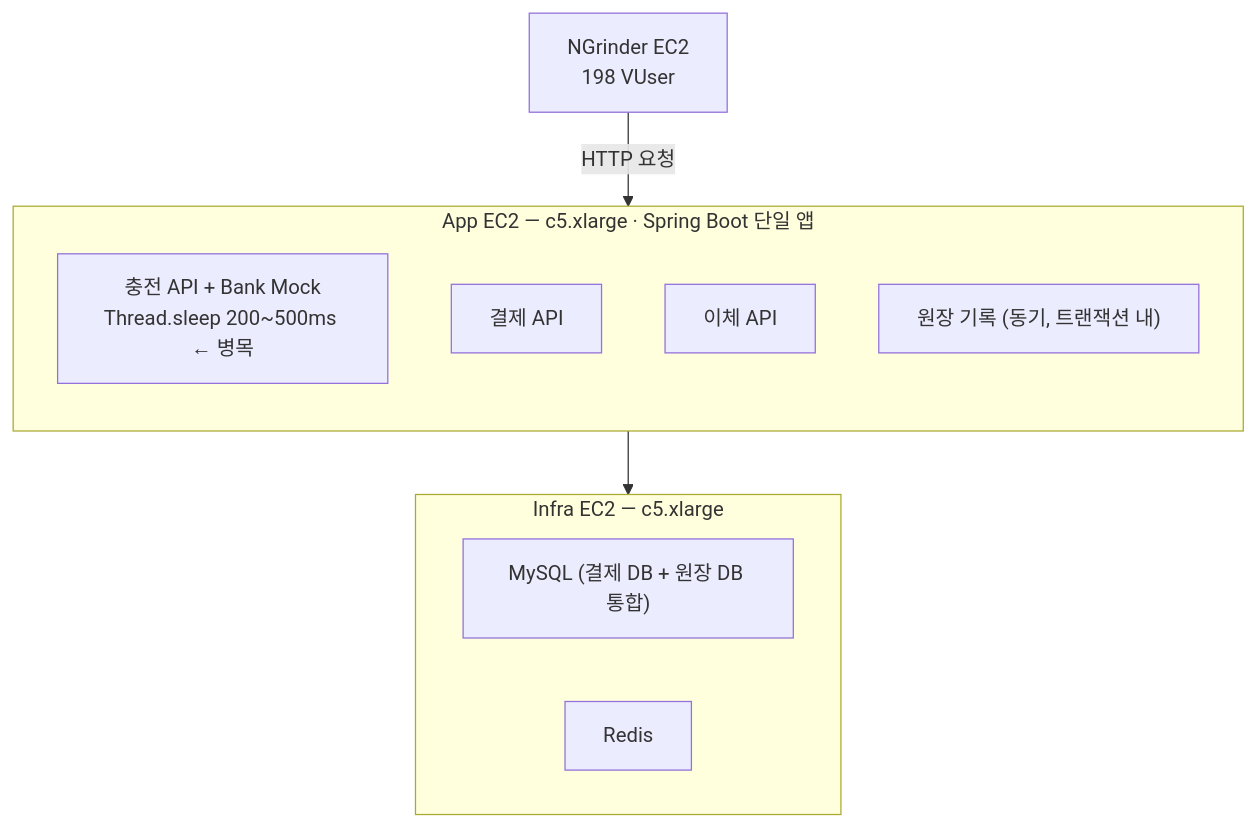
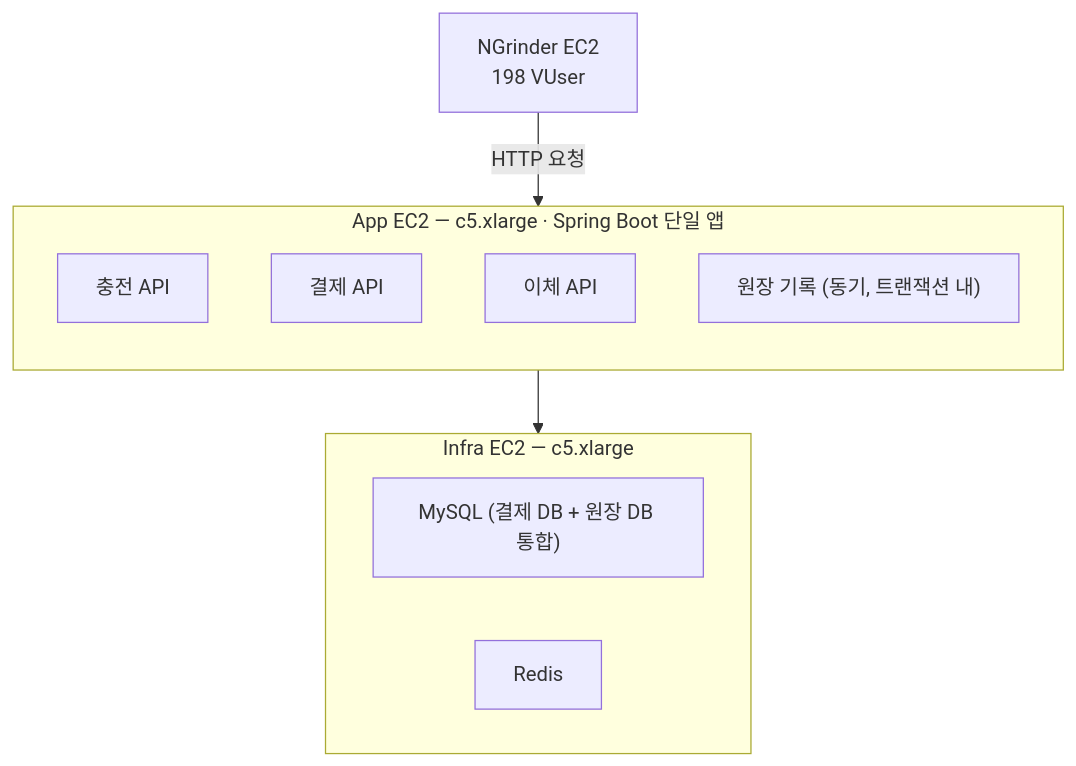
One commit to JuyeopJang/j-pay changed the first of 2 diagrams in README.md. Above: the diagram before and after it, drawn with Mermaid. The commit also changed other lines of this file, not shown here.

Commit message:
docs: 아키텍처 다이어그램에서 Bank Mock 표기 제거

````diff
--- a/README.md
+++ b/README.md
@@ -21,21 +21,21 @@
 ```mermaid
 flowchart TD
     NGrinder["NGrinder EC2\n198 VUser"]
 
     NGrinder -->|HTTP 요청| App
 
     subgraph App["App EC2 — c5.xlarge · Spring Boot 단일 앱"]
         direction TB
-        Charge["충전 API + Bank Mock\nThread.sleep 200~500ms ← 병목"]
+        Charge[충전 API]
         Pay[결제 API]
         Transfer[이체 API]
         Ledger["원장 기록 (동기, 트랜잭션 내)"]
     end
 
     App --> Infra
 
     subgraph Infra["Infra EC2 — c5.xlarge"]
         MySQL["MySQL (결제 DB + 원장 DB 통합)"]
         Redis[Redis]
     end
 ```
````
